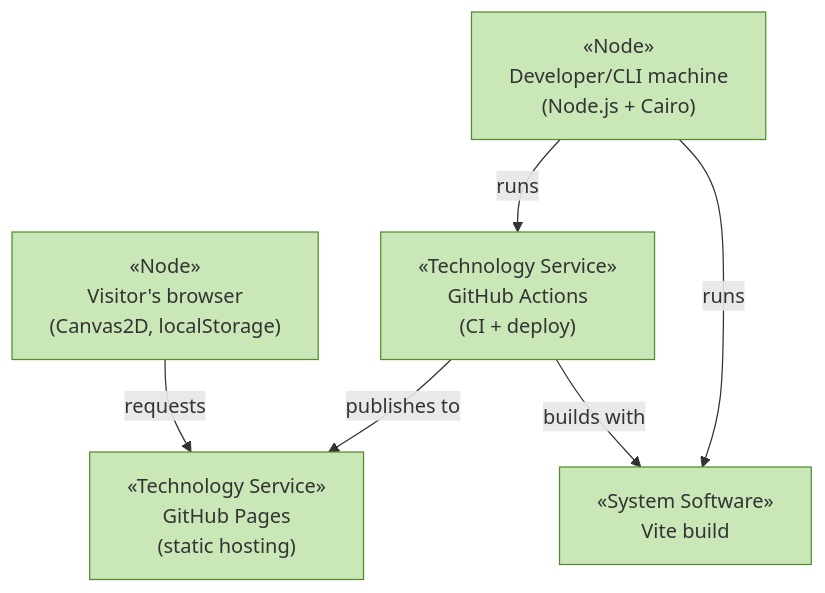
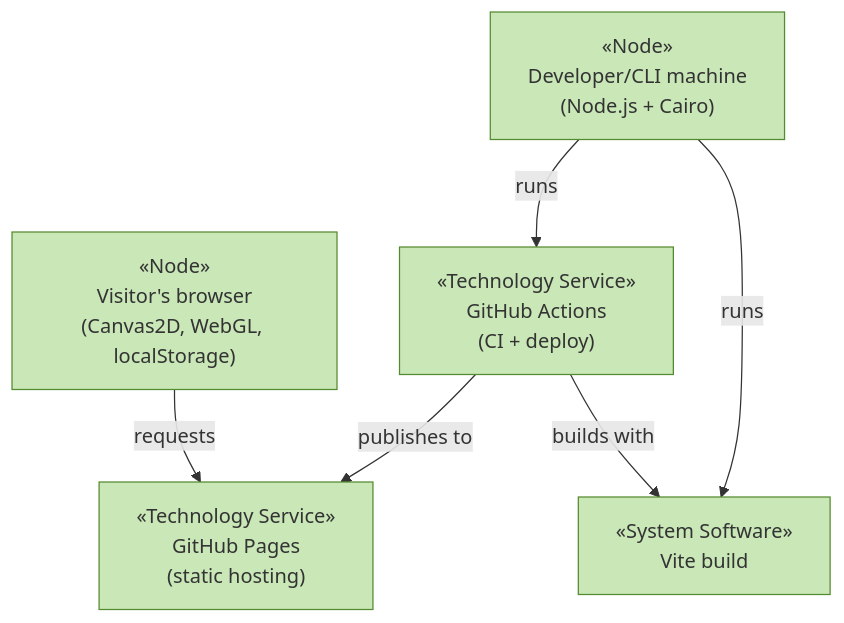
The diagram in docs/ea/5_technology/README.md (roanboc/fractal-tree-generator), drawn with Mermaid before and after one commit. The commit also changed 42 other files, not shown here.

````diff
--- a/docs/ea/5_technology/README.md
+++ b/docs/ea/5_technology/README.md
@@ -21,16 +21,16 @@
 ```mermaid
 flowchart TB
-  browser["«Node»<br>Visitor's browser<br>(Canvas2D, localStorage)"]:::technology
+  browser["«Node»<br>Visitor's browser<br>(Canvas2D, WebGL, localStorage)"]:::technology
   pages["«Technology Service»<br>GitHub Pages<br>(static hosting)"]:::technology
   actions["«Technology Service»<br>GitHub Actions<br>(CI + deploy)"]:::technology
   devnode["«Node»<br>Developer/CLI machine<br>(Node.js + Cairo)"]:::technology
   vite["«System Software»<br>Vite build"]:::technology
 
   browser -->|requests| pages
   actions -->|builds with| vite
   actions -->|publishes to| pages
   devnode -->|runs| vite
   devnode -->|runs| actions
 
   classDef technology fill:#c9e7b7,stroke:#558b2f,color:#333
 ```
````
